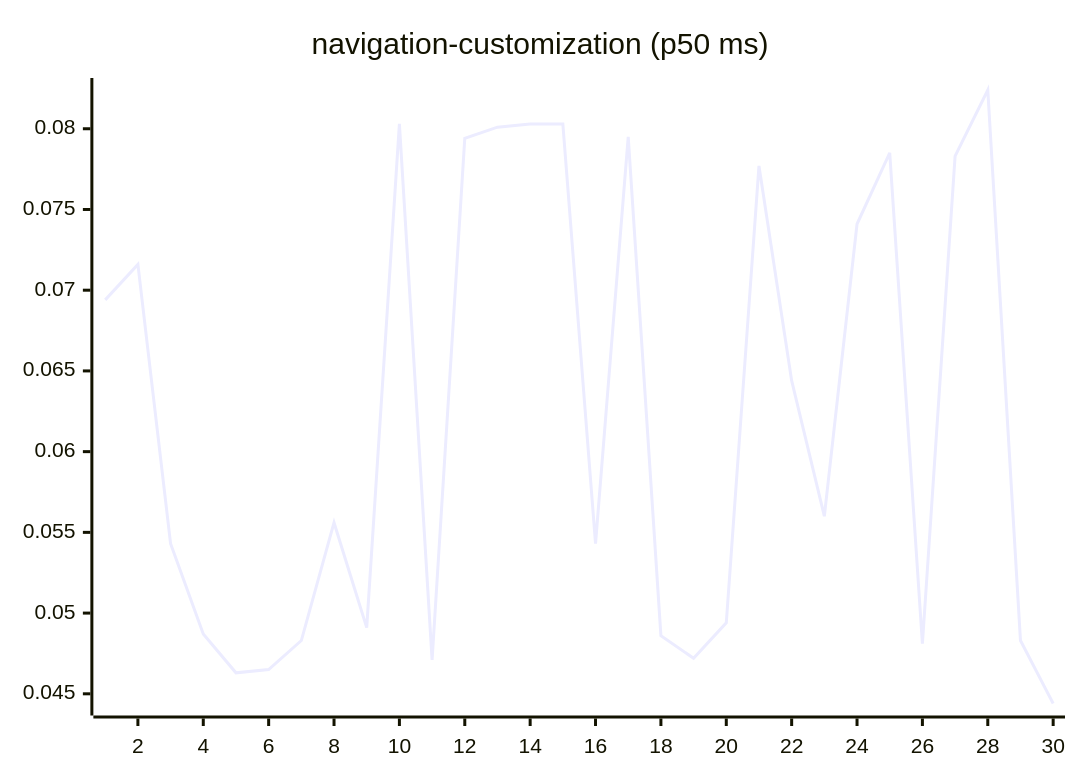
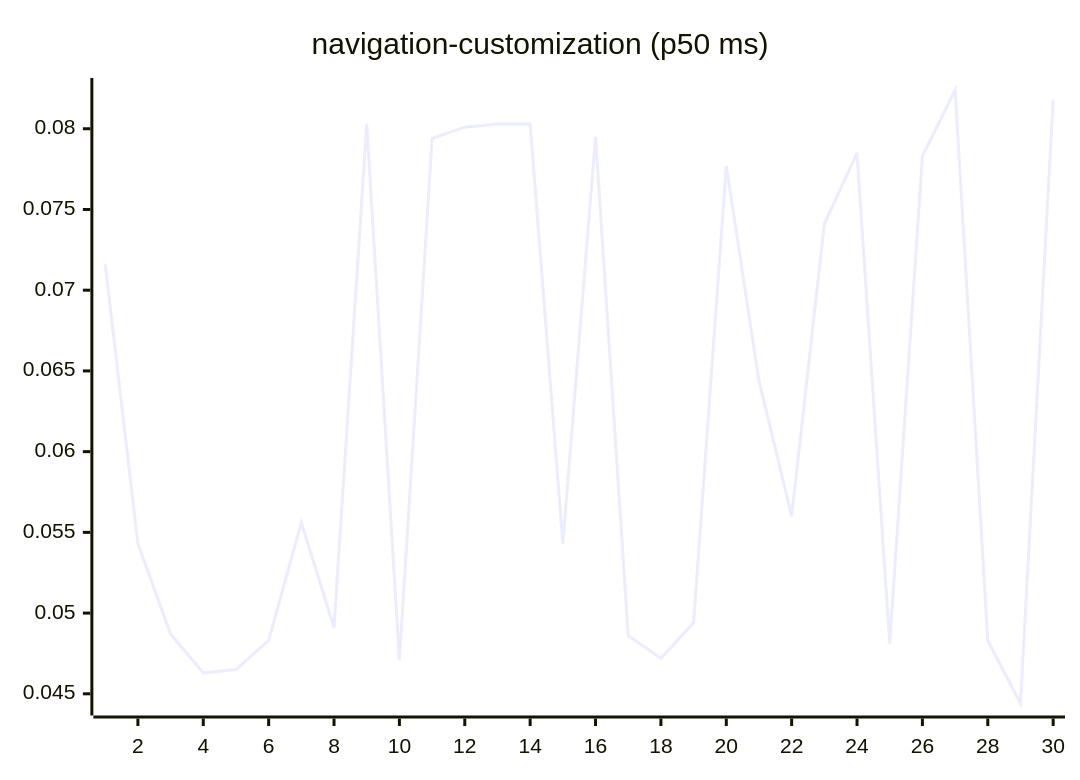
Before and after one commit to josha/Facet: diagram 15 of 27 in README.md, drawn with Mermaid. The commit also changed other lines of this file and 2 other files, not shown here.

````diff
--- a/README.md
+++ b/README.md
@@ -161,6 +161,6 @@
 ```mermaid
 xychart-beta
     title "navigation-customization (p50 ms)"
     x-axis 1 --> 30
-    line [0.0694, 0.0716, 0.0543, 0.0487, 0.0463, 0.0465, 0.0483, 0.0556, 0.0491, 0.0803, 0.0471, 0.0794, 0.0801, 0.0803, 0.0803, 0.0543, 0.0795, 0.0486, 0.0472, 0.0494, 0.0777, 0.0644, 0.0560, 0.0741, 0.0785, 0.0481, 0.0783, 0.0824, 0.0483, 0.0444]
+    line [0.0716, 0.0543, 0.0487, 0.0463, 0.0465, 0.0483, 0.0556, 0.0491, 0.0803, 0.0471, 0.0794, 0.0801, 0.0803, 0.0803, 0.0543, 0.0795, 0.0486, 0.0472, 0.0494, 0.0777, 0.0644, 0.0560, 0.0741, 0.0785, 0.0481, 0.0783, 0.0824, 0.0483, 0.0444, 0.0818]
 ```
````
